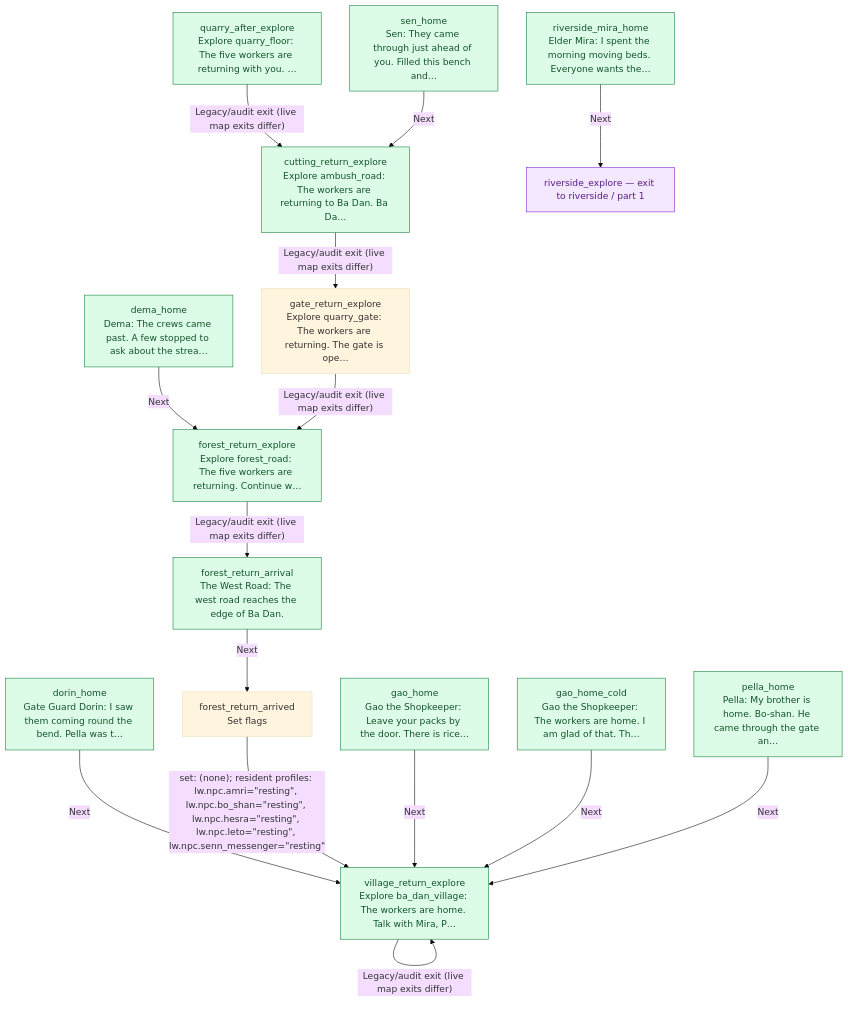
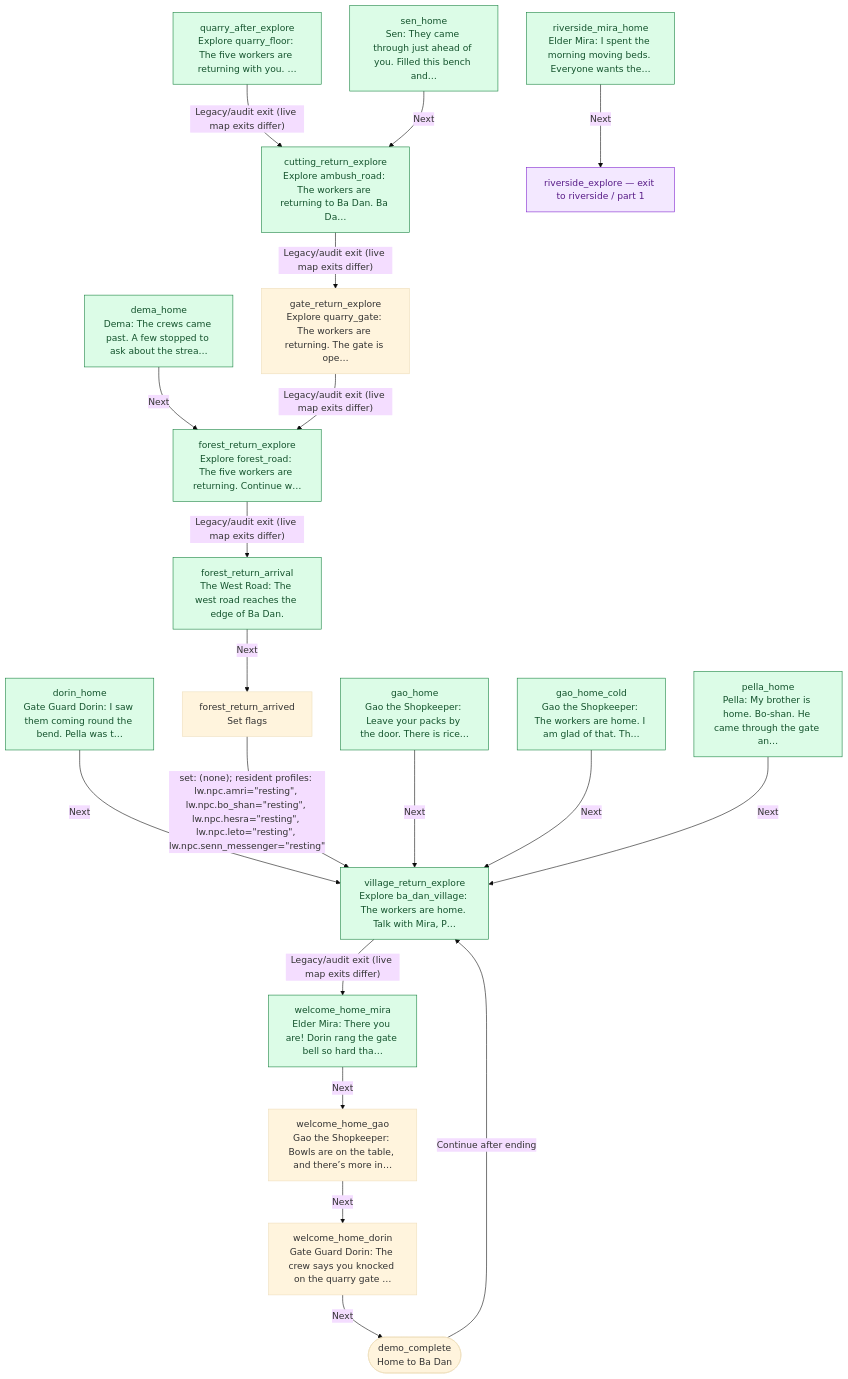
Before and after one commit to jaredbahr/Avatarrpg: the diagram in docs/story/return.md, drawn with Mermaid (base theme). The commit also changed other lines of this file and 21 other files, not shown here.

First line of the commit message:
End the demo with a welcome-home scene and a demo-complete card

````diff
--- a/docs/story/return.md
+++ b/docs/story/return.md
@@ -21,35 +21,43 @@
 ```mermaid
 flowchart TD
-  n13["cutting_return_explore<br/>Explore ambush_road: The workers are returning to Ba Dan. Ba Da…"]:::entry
-  n21["dema_home<br/>Dema: The crews came past. A few stopped to ask about the strea…"]:::entry
-  n26["dorin_home<br/>Gate Guard Dorin: I saw them coming round the bend. Pella was t…"]:::entry
-  n33["forest_return_arrival<br/>The West Road: The west road reaches the edge of Ba Dan."]:::entry
-  n34["forest_return_arrived<br/>Set flags"]
-  n35["forest_return_explore<br/>Explore forest_road: The five workers are returning. Continue w…"]:::entry
-  n38["gao_home<br/>Gao the Shopkeeper: Leave your packs by the door. There is rice…"]:::entry
-  n39["gao_home_cold<br/>Gao the Shopkeeper: The workers are home. I am glad of that. Th…"]:::entry
-  n44["gate_return_explore<br/>Explore quarry_gate: The workers are returning. The gate is ope…"]
-  n63["pella_home<br/>Pella: My brother is home. Bo-shan. He came through the gate an…"]:::entry
-  n75["quarry_after_explore<br/>Explore quarry_floor: The five workers are returning with you. …"]:::entry
-  n88["riverside_mira_home<br/>Elder Mira: I spent the morning moving beds. Everyone wants the…"]:::entry
-  n96["sen_home<br/>Sen: They came through just ahead of you. Filled this bench and…"]:::entry
-  n101["village_return_explore<br/>Explore ba_dan_village: The workers are home. Talk with Mira, P…"]:::entry
-  n85["riverside_explore — exit to riverside / part 1"]:::external
-  n13 -->|"Legacy/audit exit (live map exits differ)"| n44
-  n21 -->|"Next"| n35
-  n26 -->|"Next"| n101
-  n33 -->|"Next"| n34
-  n34 -->|"set: (none); resident profiles: lw.npc.amri=#quot;resting#quot;, lw.npc.bo_shan=#quot;resting#quot;, lw.npc.hesra=#quot;resting#quot;, lw.npc.leto=#quot;resting#quot;, lw.npc.senn_messenger=#quot;resting#quot;"| n101
-  n35 -->|"Legacy/audit exit (live map exits differ)"| n33
-  n38 -->|"Next"| n101
-  n39 -->|"Next"| n101
-  n44 -->|"Legacy/audit exit (live map exits differ)"| n35
-  n63 -->|"Next"| n101
-  n75 -->|"Legacy/audit exit (live map exits differ)"| n13
-  n88 -->|"Next"| n85
-  n96 -->|"Next"| n13
-  n101 -->|"Legacy/audit exit (live map exits differ)"| n101
+  n14["cutting_return_explore<br/>Explore ambush_road: The workers are returning to Ba Dan. Ba Da…"]:::entry
+  n22["dema_home<br/>Dema: The crews came past. A few stopped to ask about the strea…"]:::entry
+  n23(["demo_complete<br/>Home to Ba Dan"])
+  n28["dorin_home<br/>Gate Guard Dorin: I saw them coming round the bend. Pella was t…"]:::entry
+  n35["forest_return_arrival<br/>The West Road: The west road reaches the edge of Ba Dan."]:::entry
+  n36["forest_return_arrived<br/>Set flags"]
+  n37["forest_return_explore<br/>Explore forest_road: The five workers are returning. Continue w…"]:::entry
+  n40["gao_home<br/>Gao the Shopkeeper: Leave your packs by the door. There is rice…"]:::entry
+  n41["gao_home_cold<br/>Gao the Shopkeeper: The workers are home. I am glad of that. Th…"]:::entry
+  n46["gate_return_explore<br/>Explore quarry_gate: The workers are returning. The gate is ope…"]
+  n65["pella_home<br/>Pella: My brother is home. Bo-shan. He came through the gate an…"]:::entry
+  n77["quarry_after_explore<br/>Explore quarry_floor: The five workers are returning with you. …"]:::entry
+  n90["riverside_mira_home<br/>Elder Mira: I spent the morning moving beds. Everyone wants the…"]:::entry
+  n98["sen_home<br/>Sen: They came through just ahead of you. Filled this bench and…"]:::entry
+  n103["village_return_explore<br/>Explore ba_dan_village: The workers are home. Talk with Mira, P…"]:::entry
+  n104["welcome_home_dorin<br/>Gate Guard Dorin: The crew says you knocked on the quarry gate …"]
+  n105["welcome_home_gao<br/>Gao the Shopkeeper: Bowls are on the table, and there’s more in…"]
+  n106["welcome_home_mira<br/>Elder Mira: There you are! Dorin rang the gate bell so hard tha…"]:::entry
+  n87["riverside_explore — exit to riverside / part 1"]:::external
+  n14 -->|"Legacy/audit exit (live map exits differ)"| n46
+  n22 -->|"Next"| n37
+  n23 -->|"Continue after ending"| n103
+  n28 -->|"Next"| n103
+  n35 -->|"Next"| n36
+  n36 -->|"set: (none); resident profiles: lw.npc.amri=#quot;resting#quot;, lw.npc.bo_shan=#quot;resting#quot;, lw.npc.hesra=#quot;resting#quot;, lw.npc.leto=#quot;resting#quot;, lw.npc.senn_messenger=#quot;resting#quot;"| n103
+  n37 -->|"Legacy/audit exit (live map exits differ)"| n35
+  n40 -->|"Next"| n103
+  n41 -->|"Next"| n103
+  n46 -->|"Legacy/audit exit (live map exits differ)"| n37
+  n65 -->|"Next"| n103
+  n77 -->|"Legacy/audit exit (live map exits differ)"| n14
+  n90 -->|"Next"| n87
+  n98 -->|"Next"| n14
+  n103 -->|"Legacy/audit exit (live map exits differ)"| n106
+  n104 -->|"Next"| n23
+  n105 -->|"Next"| n104
+  n106 -->|"Next"| n105
   classDef entry fill:#dcfce7,stroke:#15803d,color:#14532d
   classDef external fill:#f3e8ff,stroke:#7e22ce,color:#581c87
   classDef continuation fill:#f8fafc,stroke:#475569,color:#0f172a,stroke-dasharray:5 5
 ```
````
